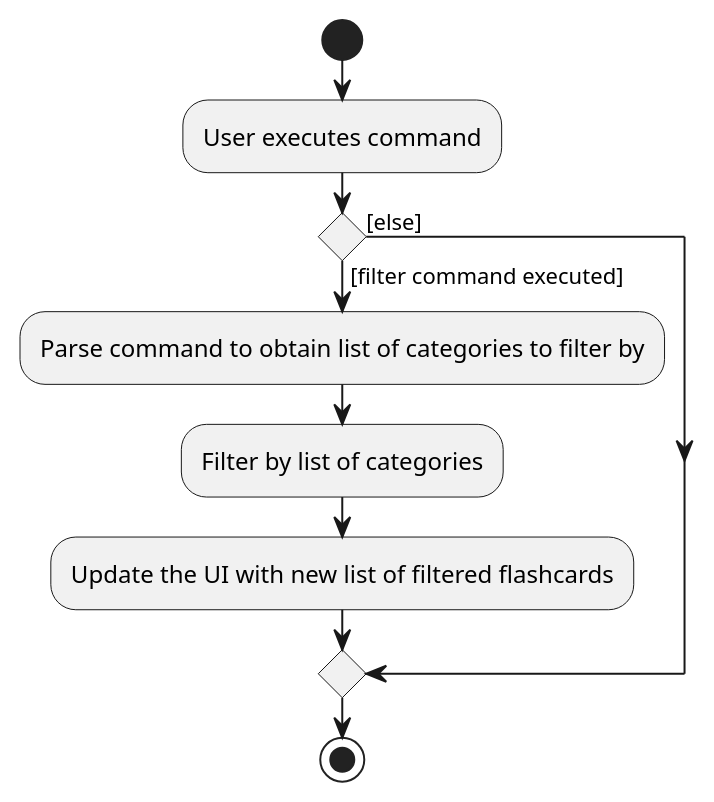
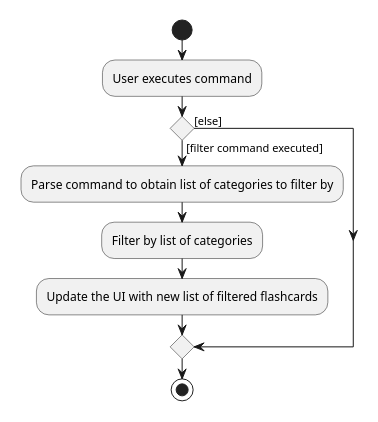
The diagram in docs/diagrams/FilterActivityDiagram.puml (nus-cs2103-AY2021S1/tp), drawn with PlantUML before and after one commit. The commit also changed 2 other files, not shown here.

Commit message:
Scale UML diagrams of implementation section

```diff
--- a/docs/diagrams/FilterActivityDiagram.puml
+++ b/docs/diagrams/FilterActivityDiagram.puml
@@ -1,15 +1,16 @@
 @startuml
+scale 0.5
 start
 :User executes command;
 
 'Since the beta syntax does not support placing the condition outside the
 'diamond we place it as the true branch instead.
 
 if () then ([filter command executed])
     :Parse command to obtain list of categories to filter by;
     :Filter by list of categories;
     :Update the UI with new list of filtered flashcards;
 else ([else])
 endif
 stop
 @enduml
```
